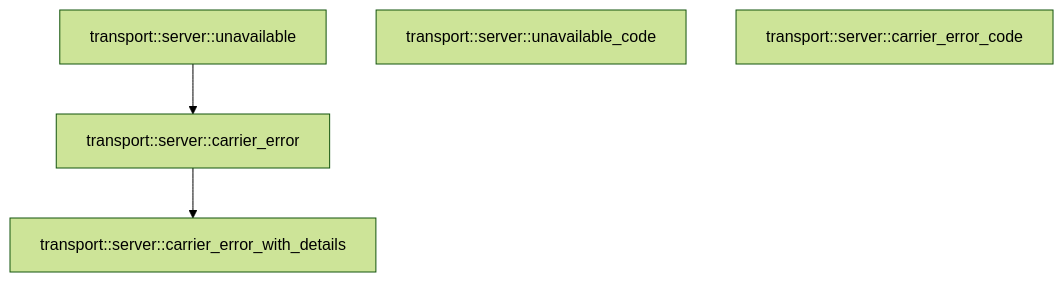
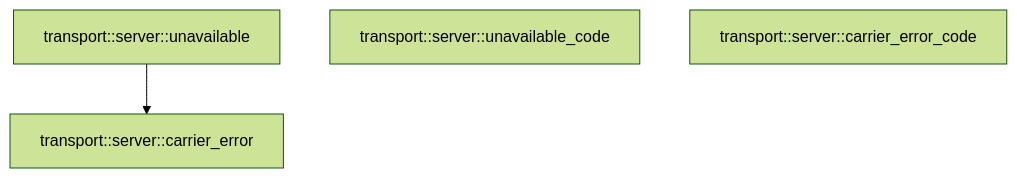
One commit to TekesApps/TekesKernel changed the fourth of 4 diagrams in crates/transport/docs/generated/src--server.md. Above: the diagram before and after it, drawn with Mermaid (forest theme). The commit also changed other lines of this file and 23 other files, not shown here.

````diff
--- a/crates/transport/docs/generated/src--server.md
+++ b/crates/transport/docs/generated/src--server.md
@@ -373,10 +371,8 @@
 ```mermaid
 flowchart TD
   n0["transport::server::unavailable"]
   n1["transport::server::unavailable_code"]
   n2["transport::server::carrier_error_code"]
   n3["transport::server::carrier_error"]
-  n4["transport::server::carrier_error_with_details"]
   n0 --> n3
-  n3 --> n4
 ```
````
